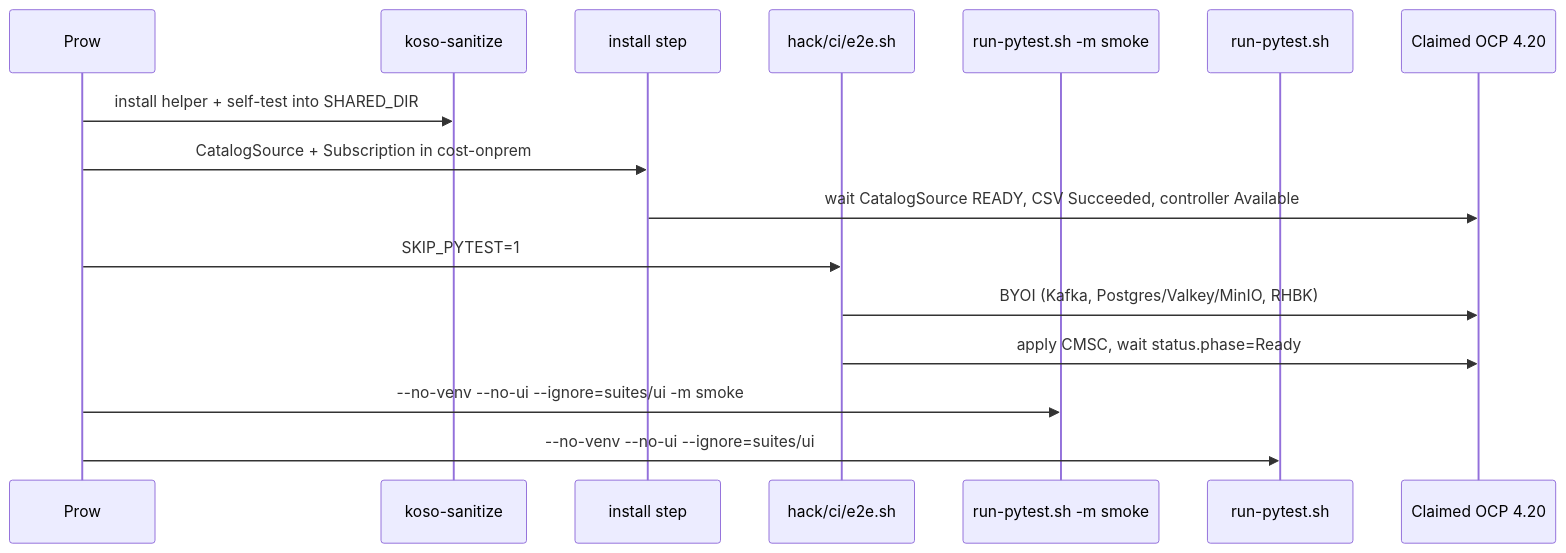
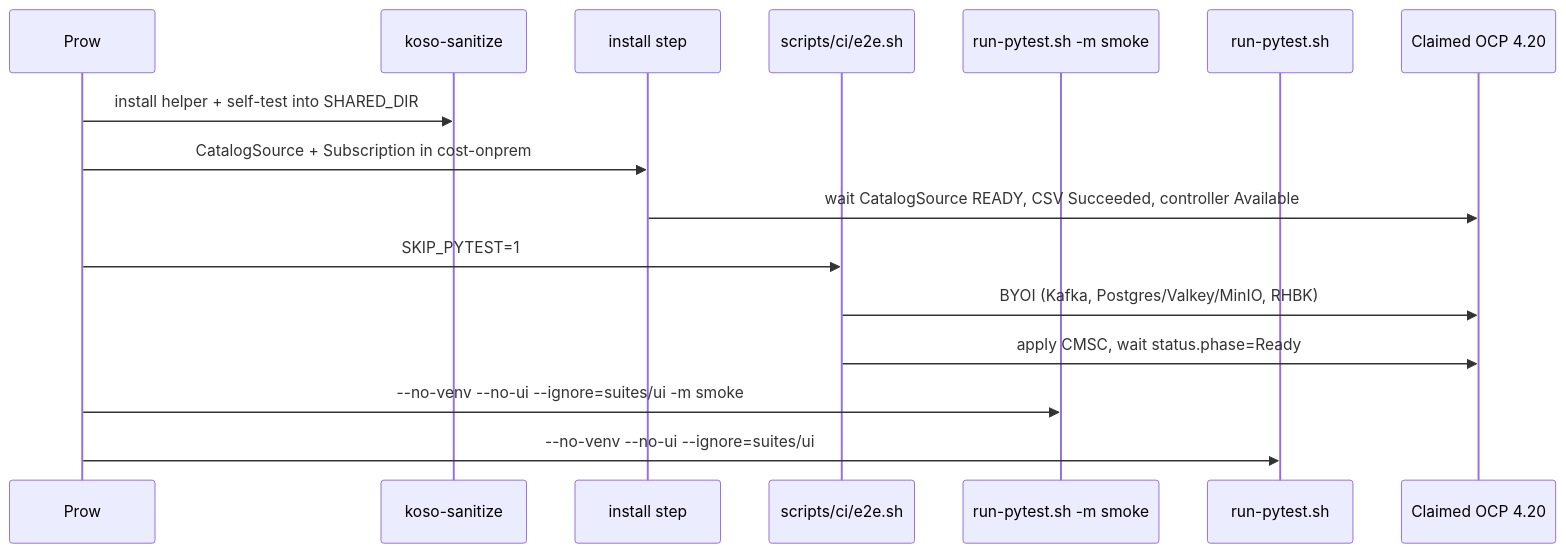
One commit to martinpovolny/koku-service-operator changed the diagram in docs/openshift-ci/openshift-ci-jobs.md. Above: the diagram before and after it, drawn with Mermaid. The commit also changed other lines of this file and 52 other files, not shown here.

````diff
--- a/docs/openshift-ci/openshift-ci-jobs.md
+++ b/docs/openshift-ci/openshift-ci-jobs.md
@@ -107,19 +107,19 @@
 ```mermaid
 sequenceDiagram
   participant Prow
   participant Sanitize as koso-sanitize
   participant OLM as install step
-  participant Stack as hack/ci/e2e.sh
+  participant Stack as scripts/ci/e2e.sh
   participant Smoke as run-pytest.sh -m smoke
   participant Full as run-pytest.sh
   participant Hive as Claimed OCP 4.20
 
   Prow->>Sanitize: install helper + self-test into SHARED_DIR
   Prow->>OLM: CatalogSource + Subscription in cost-onprem
   OLM->>Hive: wait CatalogSource READY, CSV Succeeded, controller Available
   Prow->>Stack: SKIP_PYTEST=1
   Stack->>Hive: BYOI (Kafka, Postgres/Valkey/MinIO, RHBK)
   Stack->>Hive: apply CMSC, wait status.phase=Ready
   Prow->>Smoke: --no-venv --no-ui --ignore=suites/ui -m smoke
   Prow->>Full: --no-venv --no-ui --ignore=suites/ui
 ```
````
